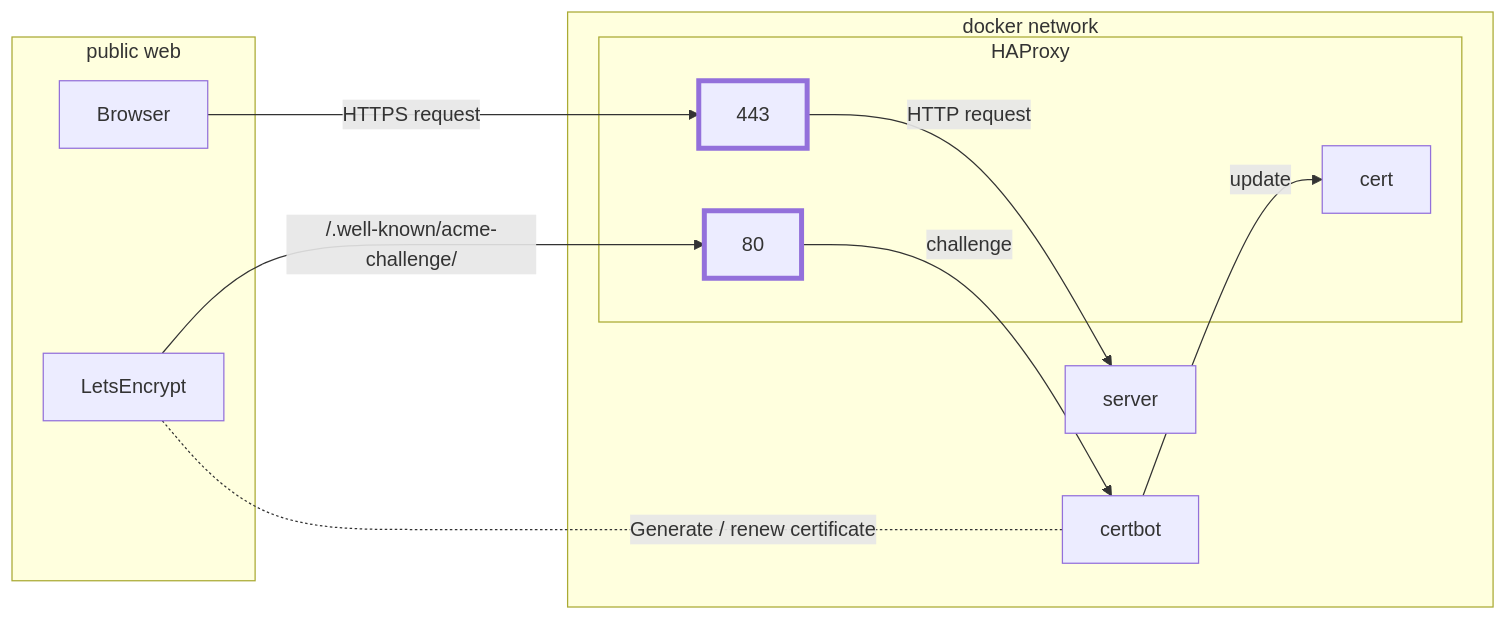
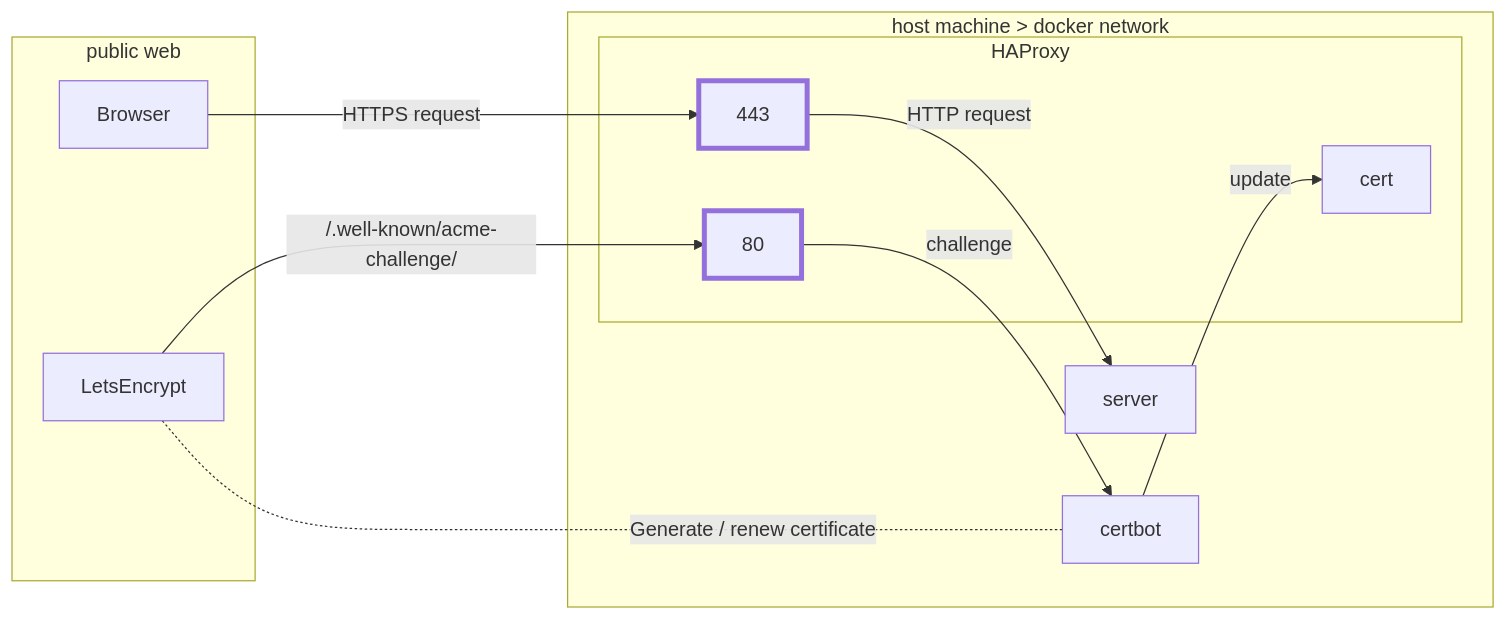
Before and after one commit to zbo14/zachh.me: the diagram in blog/Automatic-certificate-renewal-without-downtime.md, drawn with Mermaid. The commit also changed other lines of this file, not shown here.

````diff
--- a/blog/Automatic-certificate-renewal-without-downtime.md
+++ b/blog/Automatic-certificate-renewal-without-downtime.md
@@ -31,24 +31,24 @@
 ```mermaid
 graph LR
-subgraph "docker network"
+subgraph "host machine > docker network"
 certbot
 server
 subgraph HAProxy
 cert
 80
 443
 style 80 stroke-width:4px
 style 443 stroke-width:4px
 end
 80-->|challenge|certbot
 certbot-->|update|cert
 443-->|HTTP request|server
 end
 subgraph "public web"
 Browser
 LetsEncrypt
 LetsEncrypt-->|/.well-known/acme-challenge/|80
 LetsEncrypt-.-|Generate / renew certificate|certbot
 Browser-->|HTTPS request|443
 end
 ```
````
